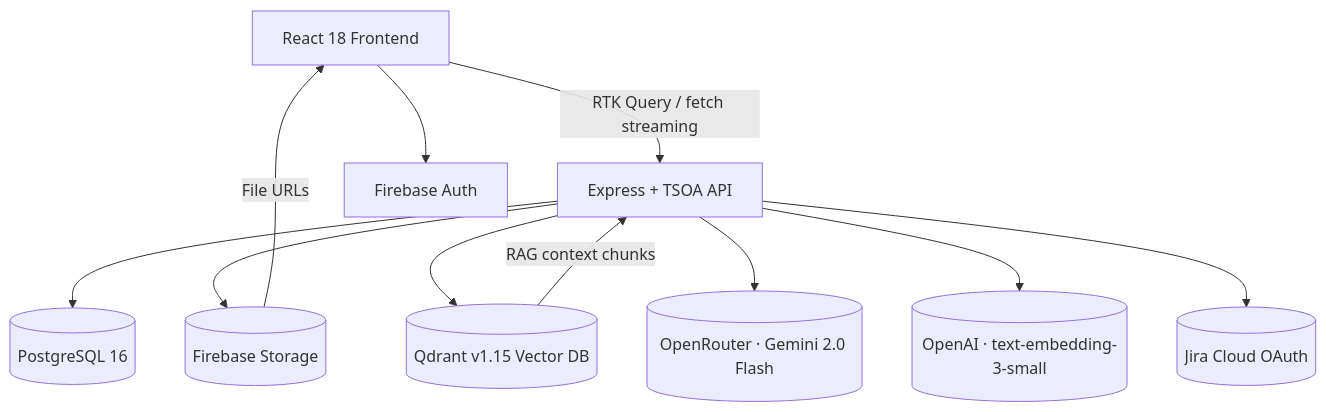
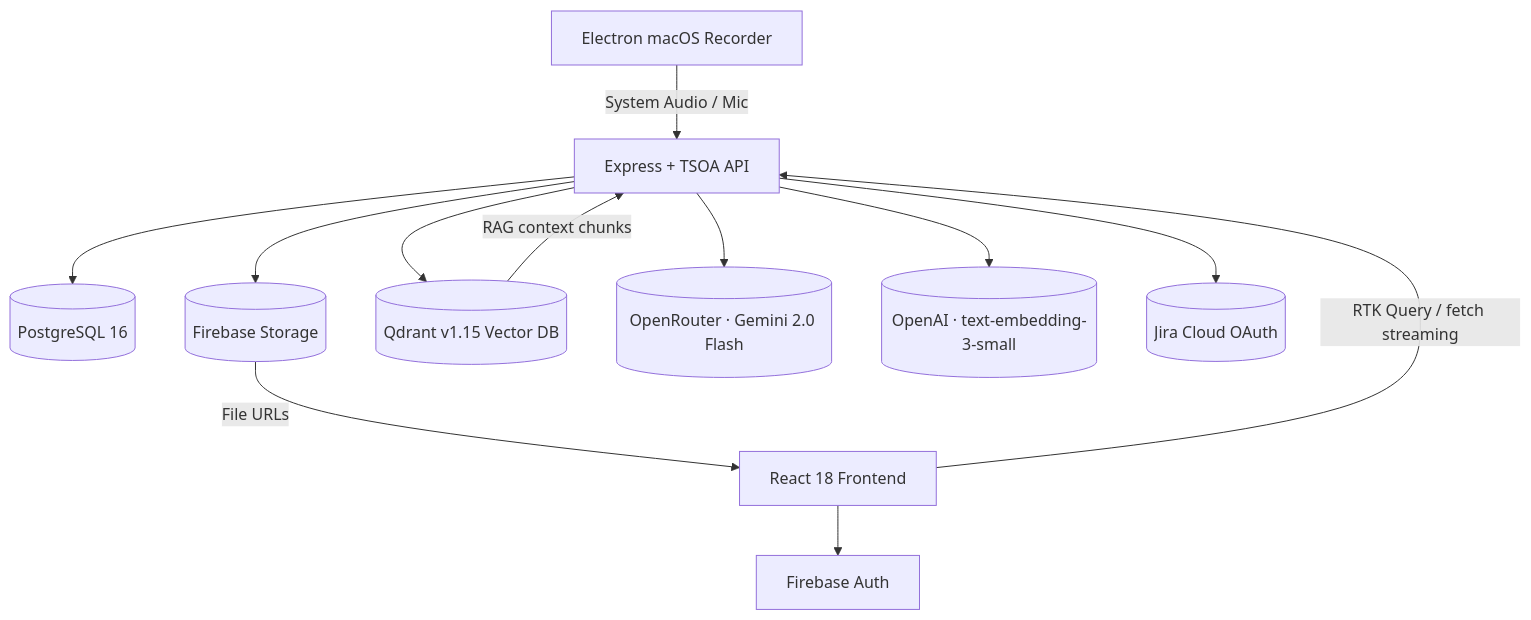
The diagram in README.md (blueberrybytes/plan-ai), drawn with Mermaid before and after one commit. The commit also changed other lines of this file and 5 other files, not shown here.

````diff
--- a/README.md
+++ b/README.md
@@ -31,13 +32,14 @@
 ```mermaid
 graph TD
+  Recorder[Electron macOS Recorder] -->|System Audio / Mic| BE
   FE[React 18 Frontend] -->|RTK Query / fetch streaming| BE[Express + TSOA API]
   FE --> FirebaseAuth[Firebase Auth]
   BE --> Postgres[(PostgreSQL 16)]
   BE --> FirebaseStorage[(Firebase Storage)]
   BE --> Qdrant[(Qdrant v1.15 Vector DB)]
   BE --> OpenRouter[(OpenRouter · Gemini 2.0 Flash)]
   BE --> OpenAI[(OpenAI · text-embedding-3-small)]
   BE --> Jira[(Jira Cloud OAuth)]
   Qdrant -->|RAG context chunks| BE
   FirebaseStorage -->|File URLs| FE
 ```
````
